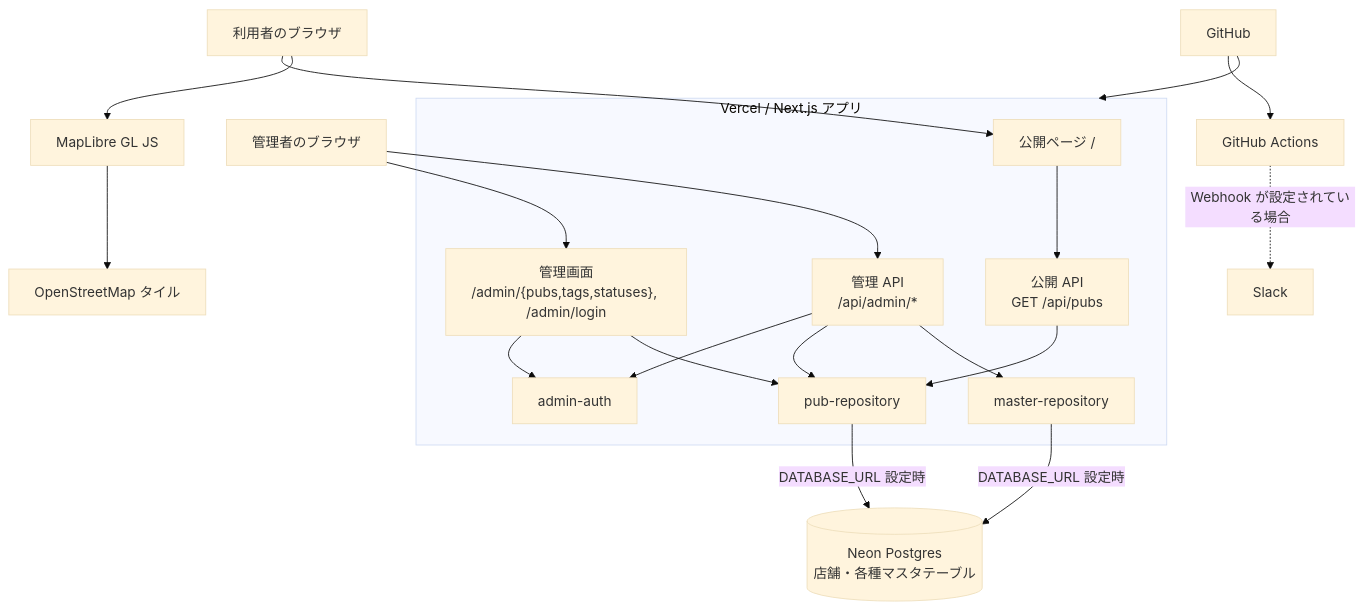
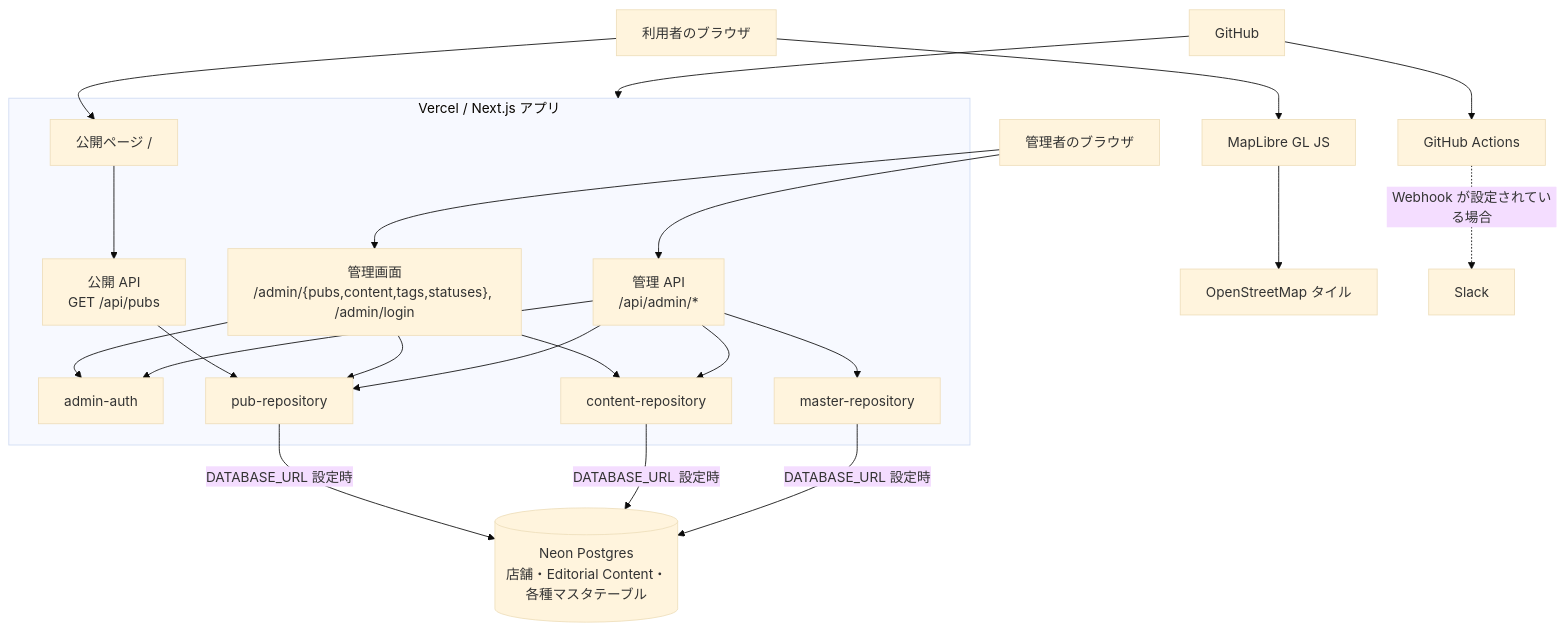
One commit to yusukefr/irishpub-map changed the diagram in docs/architecture/system-overview.md. Above: the diagram before and after it, drawn with Mermaid (base theme). The commit also changed other lines of this file and 23 other files, not shown here.

````diff
--- a/docs/architecture/system-overview.md
+++ b/docs/architecture/system-overview.md
@@ -7,43 +7,47 @@
 ```mermaid
 flowchart TB
   visitor[利用者のブラウザ]
   administrator[管理者のブラウザ]
   maplibre[MapLibre GL JS]
   osm[OpenStreetMap タイル]
   github[GitHub]
   actions[GitHub Actions]
   slack[Slack]
 
   subgraph vercel[Vercel / Next.js アプリ]
     publicPage["公開ページ /"]
     publicApi["公開 API<br/>GET /api/pubs"]
-    adminPage["管理画面<br/>/admin/{pubs,tags,statuses}, /admin/login"]
+    adminPage["管理画面<br/>/admin/{pubs,content,tags,statuses}, /admin/login"]
     adminApi["管理 API<br/>/api/admin/*"]
     auth[admin-auth]
     repository[pub-repository]
+    contentRepository[content-repository]
     masterRepository[master-repository]
   end
 
-  neon[(Neon Postgres<br/>店舗・各種マスタテーブル)]
+  neon[(Neon Postgres<br/>店舗・Editorial Content・各種マスタテーブル)]
 
   visitor --> publicPage
   publicPage --> publicApi
   publicApi --> repository
   visitor --> maplibre
   maplibre --> osm
 
   administrator --> adminPage
   administrator --> adminApi
   adminPage --> auth
   adminPage --> repository
+  adminPage --> contentRepository
   adminApi --> auth
   adminApi --> repository
+  adminApi --> contentRepository
   adminApi --> masterRepository
 
   repository -->|"DATABASE_URL 設定時"| neon
+  contentRepository -->|"DATABASE_URL 設定時"| neon
   masterRepository -->|"DATABASE_URL 設定時"| neon
 
   github --> actions
   github --> vercel
   actions -.->|"Webhook が設定されている場合"| slack
 ```
````
